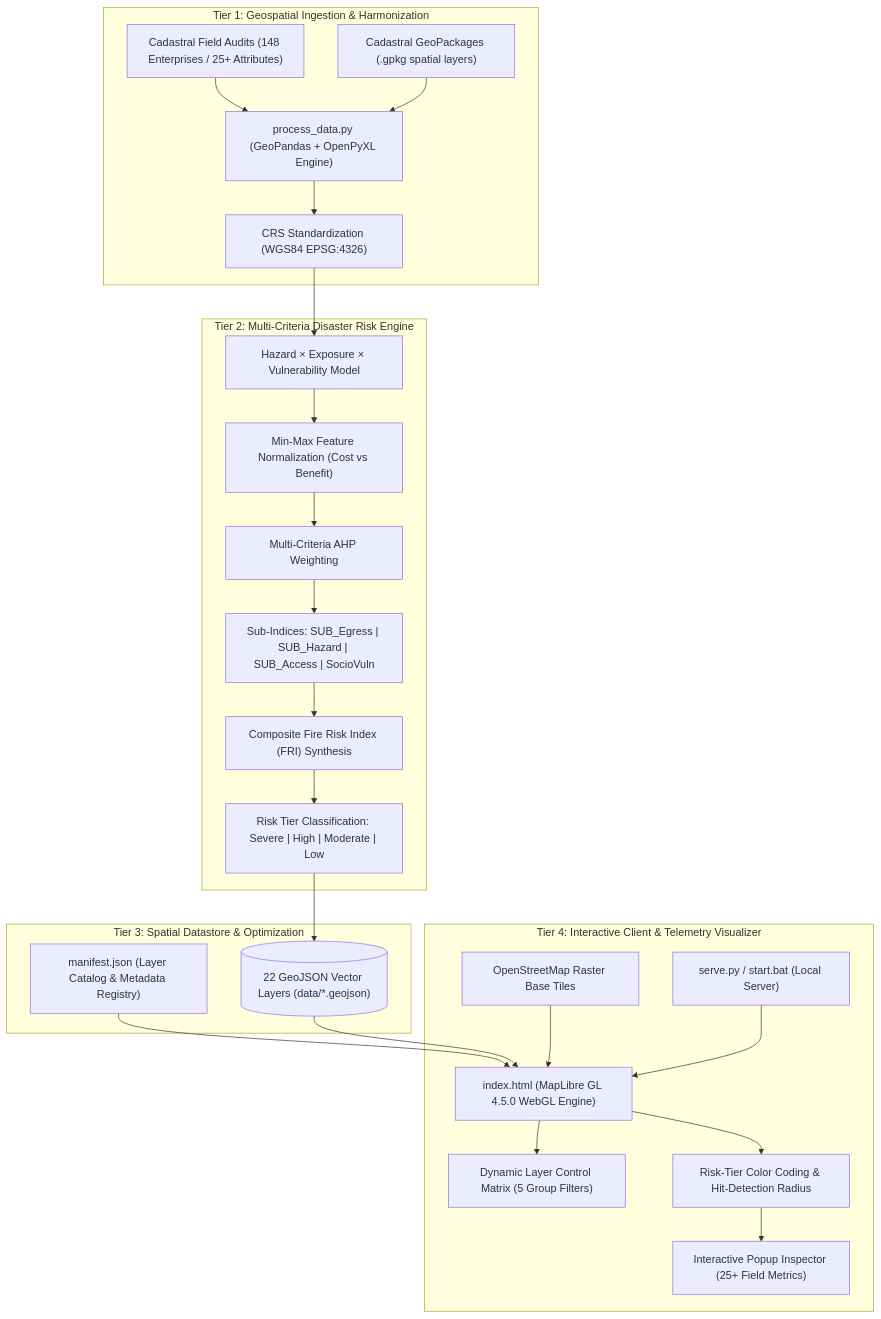
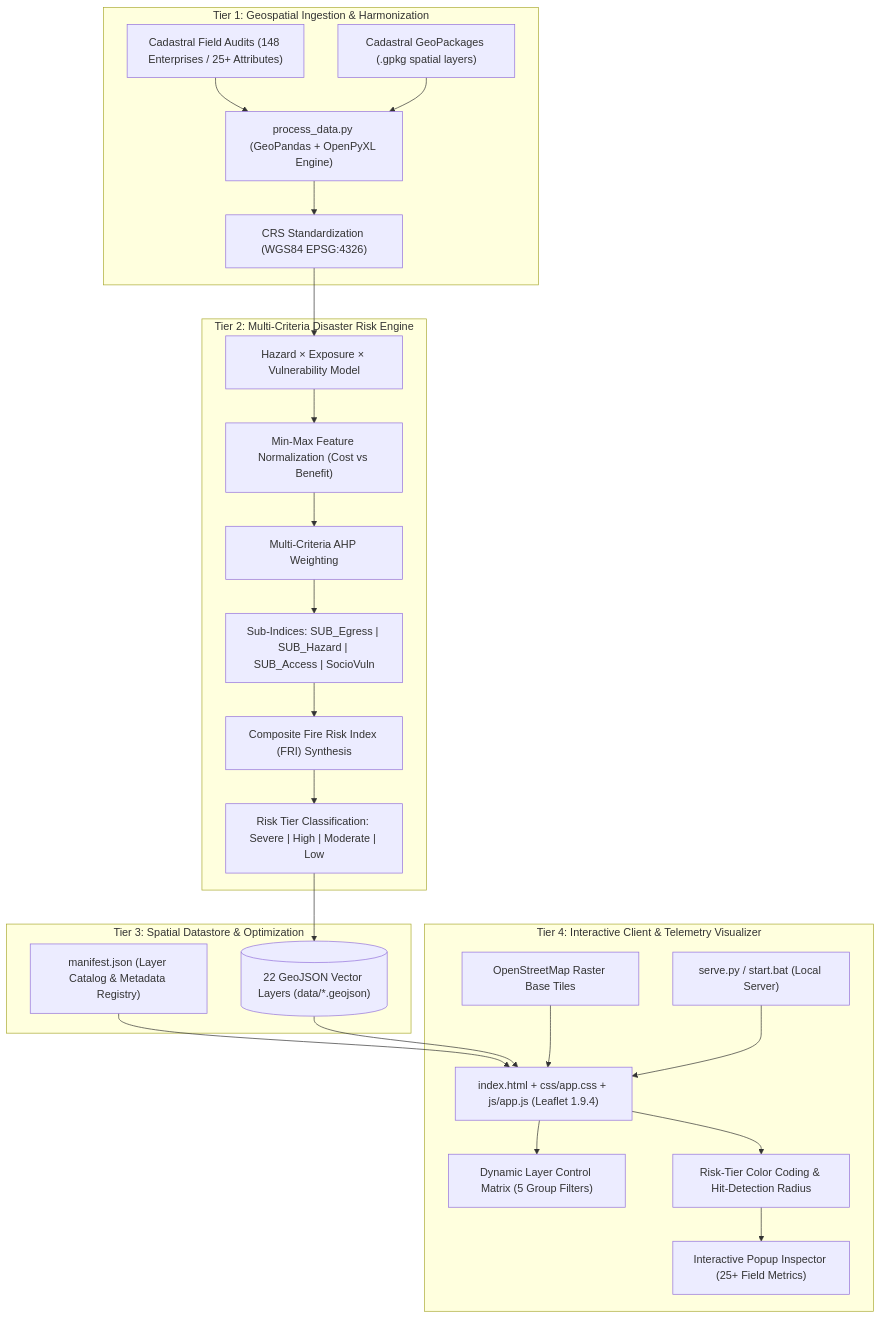
The diagram in README.md (DhruvBasia/geospatial-fire-risk-analysis), drawn with Mermaid before and after one commit. The commit also changed other lines of this file and 14 other files, not shown here.

````diff
--- a/README.md
+++ b/README.md
@@ -41,50 +61,50 @@
 ```mermaid
 flowchart TD
     subgraph Tier1 ["Tier 1: Geospatial Ingestion & Harmonization"]
         FieldAudit["Cadastral Field Audits (148 Enterprises / 25+ Attributes)"]
         SpatialGPKG["Cadastral GeoPackages (.gpkg spatial layers)"]
         Reproject["CRS Standardization (WGS84 EPSG:4326)"]
         PythonETL["process_data.py (GeoPandas + OpenPyXL Engine)"]
     end
 
     subgraph Tier2 ["Tier 2: Multi-Criteria Disaster Risk Engine"]
         Decomp["Hazard × Exposure × Vulnerability Model"]
         Norm["Min-Max Feature Normalization (Cost vs Benefit)"]
         AHP["Multi-Criteria AHP Weighting"]
         SubIndices["Sub-Indices: SUB_Egress | SUB_Hazard | SUB_Access | SocioVuln"]
         CompositeFRI["Composite Fire Risk Index (FRI) Synthesis"]
         Classifier["Risk Tier Classification: Severe | High | Moderate | Low"]
     end
 
     subgraph Tier3 ["Tier 3: Spatial Datastore & Optimization"]
         GeoJSONStore[("22 GeoJSON Vector Layers (data/*.geojson)")]
         Manifest["manifest.json (Layer Catalog & Metadata Registry)"]
     end
 
     subgraph Tier4 ["Tier 4: Interactive Client & Telemetry Visualizer"]
         HTTPServer["serve.py / start.bat (Local Server)"]
-        MapLibre["index.html (MapLibre GL 4.5.0 WebGL Engine)"]
+        MapLibre["index.html + css/app.css + js/app.js (Leaflet 1.9.4)"]
         OSMBasemap["OpenStreetMap Raster Base Tiles"]
         LayerControls["Dynamic Layer Control Matrix (5 Group Filters)"]
         TelemetryInspector["Interactive Popup Inspector (25+ Field Metrics)"]
         RiskStyling["Risk-Tier Color Coding & Hit-Detection Radius"]
     end
 
     FieldAudit --> PythonETL
     SpatialGPKG --> PythonETL
     PythonETL --> Reproject
     Reproject --> Decomp
     Decomp --> Norm
     Norm --> AHP
     AHP --> SubIndices
     SubIndices --> CompositeFRI
     CompositeFRI --> Classifier
     Classifier --> GeoJSONStore
     Manifest --> MapLibre
     GeoJSONStore --> MapLibre
     OSMBasemap --> MapLibre
     HTTPServer --> MapLibre
     MapLibre --> LayerControls
     MapLibre --> RiskStyling
     RiskStyling --> TelemetryInspector
 ```
````
